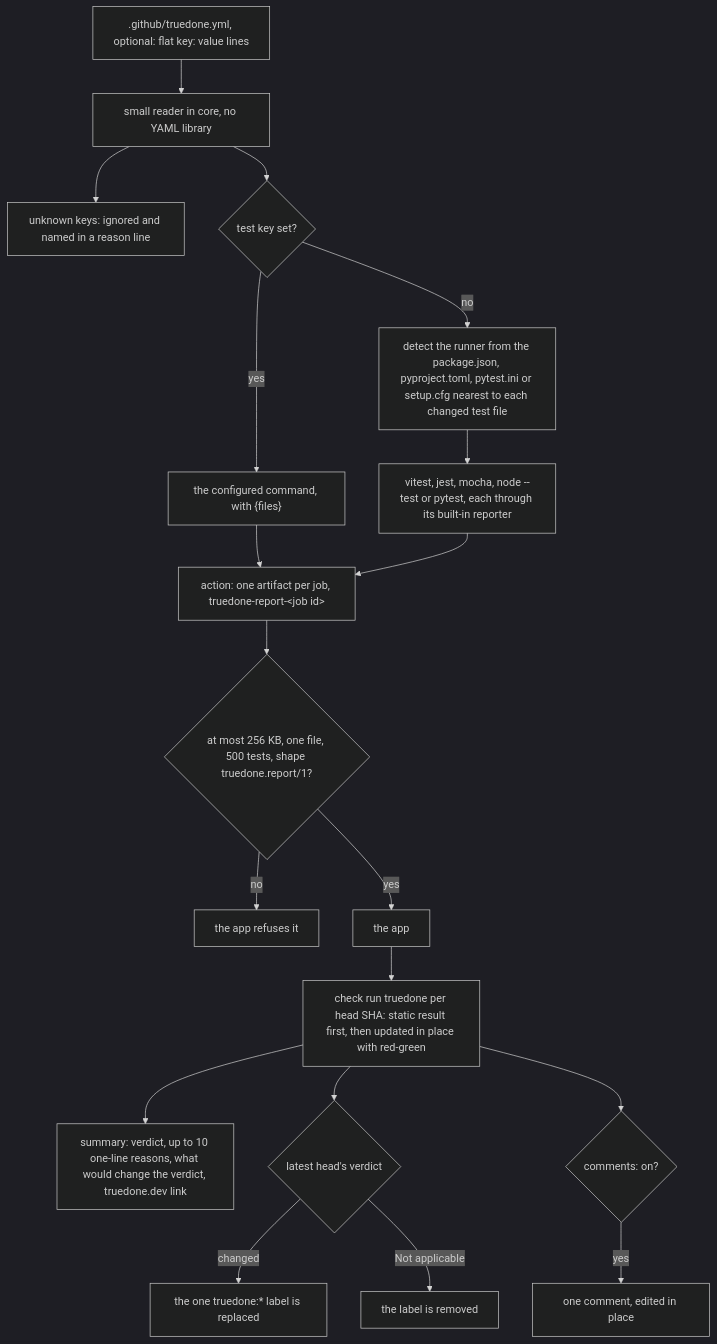
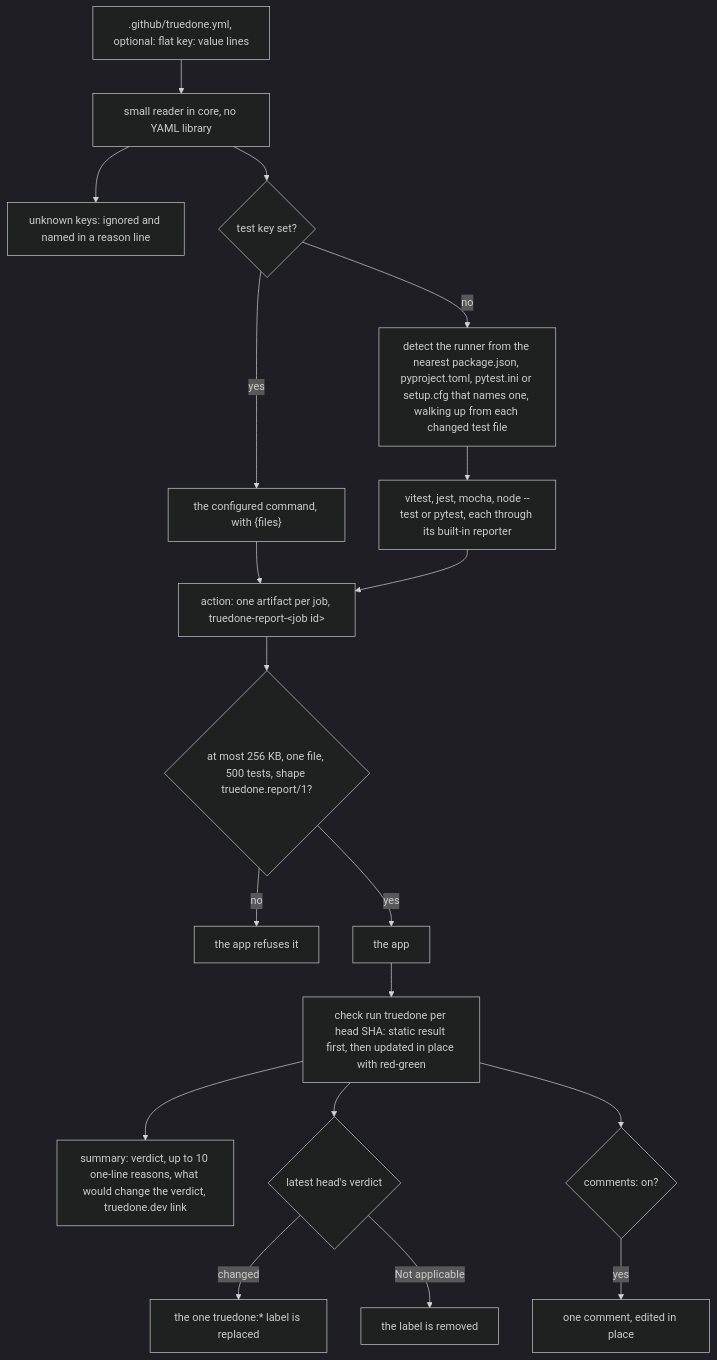
One commit to Truedone/truedone changed the first of 2 diagrams in docs/design/03-report-configuration-labels-and-limits.md. Above: the diagram before and after it, drawn with Mermaid (dark theme). The commit also changed other lines of this file and 4 other files, not shown here.

````diff
--- a/docs/design/03-report-configuration-labels-and-limits.md
+++ b/docs/design/03-report-configuration-labels-and-limits.md
@@ -17,21 +17,21 @@
 ```mermaid
 flowchart TD
   CFG[".github/truedone.yml, optional: flat key: value lines"] --> RD["small reader in core, no YAML library"]
   RD --> UK["unknown keys: ignored and named in a reason line"]
   RD --> TK{"test key set?"}
   TK -->|yes| CMD["the configured command, with {files}"]
-  TK -->|no| DET["detect the runner from the package.json, pyproject.toml, pytest.ini or setup.cfg nearest to each changed test file"]
+  TK -->|no| DET["detect the runner from the nearest package.json, pyproject.toml, pytest.ini or setup.cfg that names one, walking up from each changed test file"]
   DET --> RUN["vitest, jest, mocha, node --test or pytest, each through its built-in reporter"]
   CMD --> ART
   RUN --> ART["action: one artifact per job, truedone-report-#lt;job id#gt;"]
   ART --> OK{"at most 256 KB, one file, 500 tests, shape truedone.report/1?"}
   OK -->|no| REF["the app refuses it"]
   OK -->|yes| APP["the app"]
   APP --> CR["check run truedone per head SHA: static result first, then updated in place with red-green"]
   CR --> SUM["summary: verdict, up to 10 one-line reasons, what would change the verdict, truedone.dev link"]
   CR --> LB{"latest head's verdict"}
   LB -->|changed| REPL["the one truedone:* label is replaced"]
   LB -->|Not applicable| RM["the label is removed"]
   CR --> CM{"comments: on?"}
   CM -->|yes| ONE["one comment, edited in place"]
 ```
````
